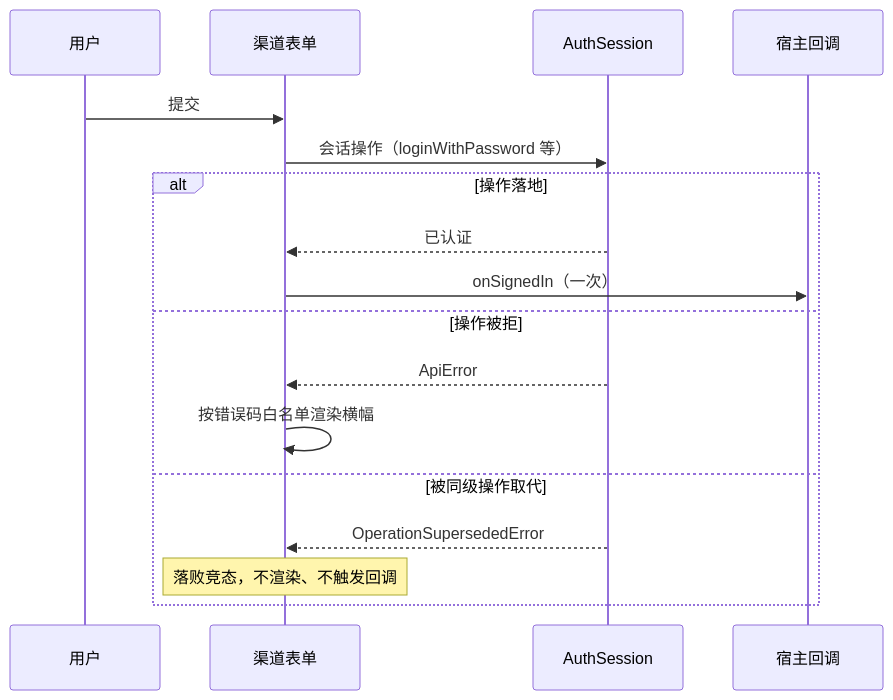
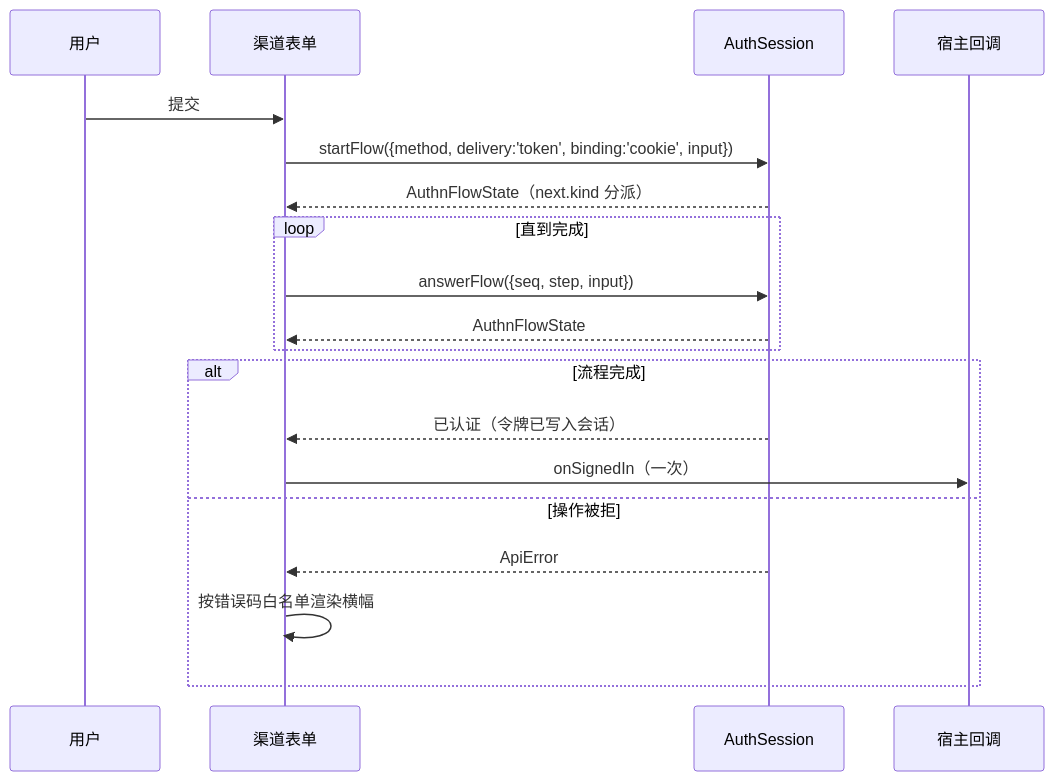
The diagram in docs/design/modules/web/design-web-auth-ui.md (wangzw/speed), drawn with Mermaid before and after one commit. The commit also changed other lines of this file and 534 other files, not shown here.

````diff
--- a/docs/design/modules/web/design-web-auth-ui.md
+++ b/docs/design/modules/web/design-web-auth-ui.md
@@ -92,19 +93,21 @@
 ```mermaid
 sequenceDiagram
     participant U as 用户
     participant F as 渠道表单
     participant S as AuthSession
     participant H as 宿主回调
     U->>F: 提交
-    F->>S: 会话操作（loginWithPassword 等）
-    alt 操作落地
-        S-->>F: 已认证
+    F->>S: startFlow({method, delivery:'token', binding:'cookie', input})
+    S-->>F: AuthnFlowState（next.kind 分派）
+    loop 直到完成
+        F->>S: answerFlow({seq, step, input})
+        S-->>F: AuthnFlowState
+    end
+    alt 流程完成
+        S-->>F: 已认证（令牌已写入会话）
         F->>H: onSignedIn（一次）
     else 操作被拒
         S-->>F: ApiError
         F->>F: 按错误码白名单渲染横幅
-    else 被同级操作取代
-        S-->>F: OperationSupersededError
-        Note over F: 落败竞态，不渲染、不触发回调
     end
 ```
````
